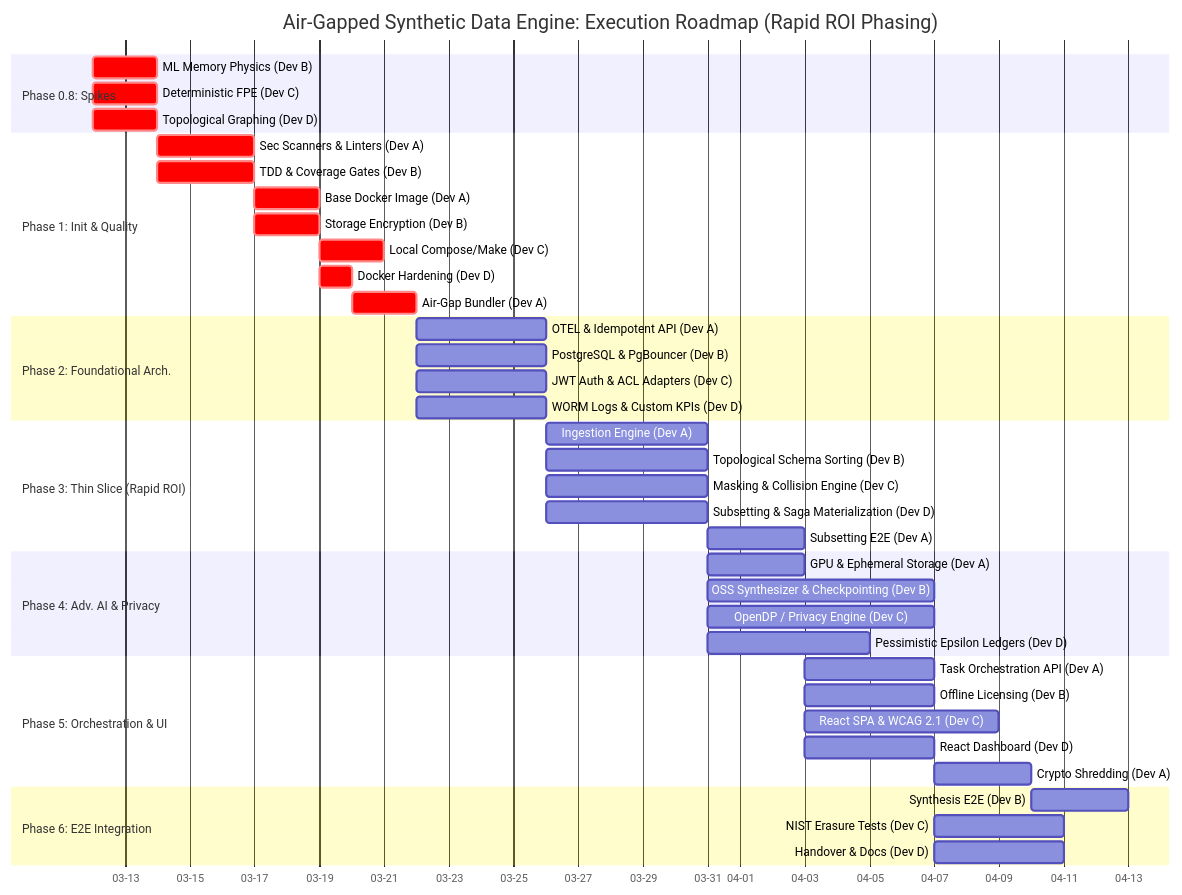
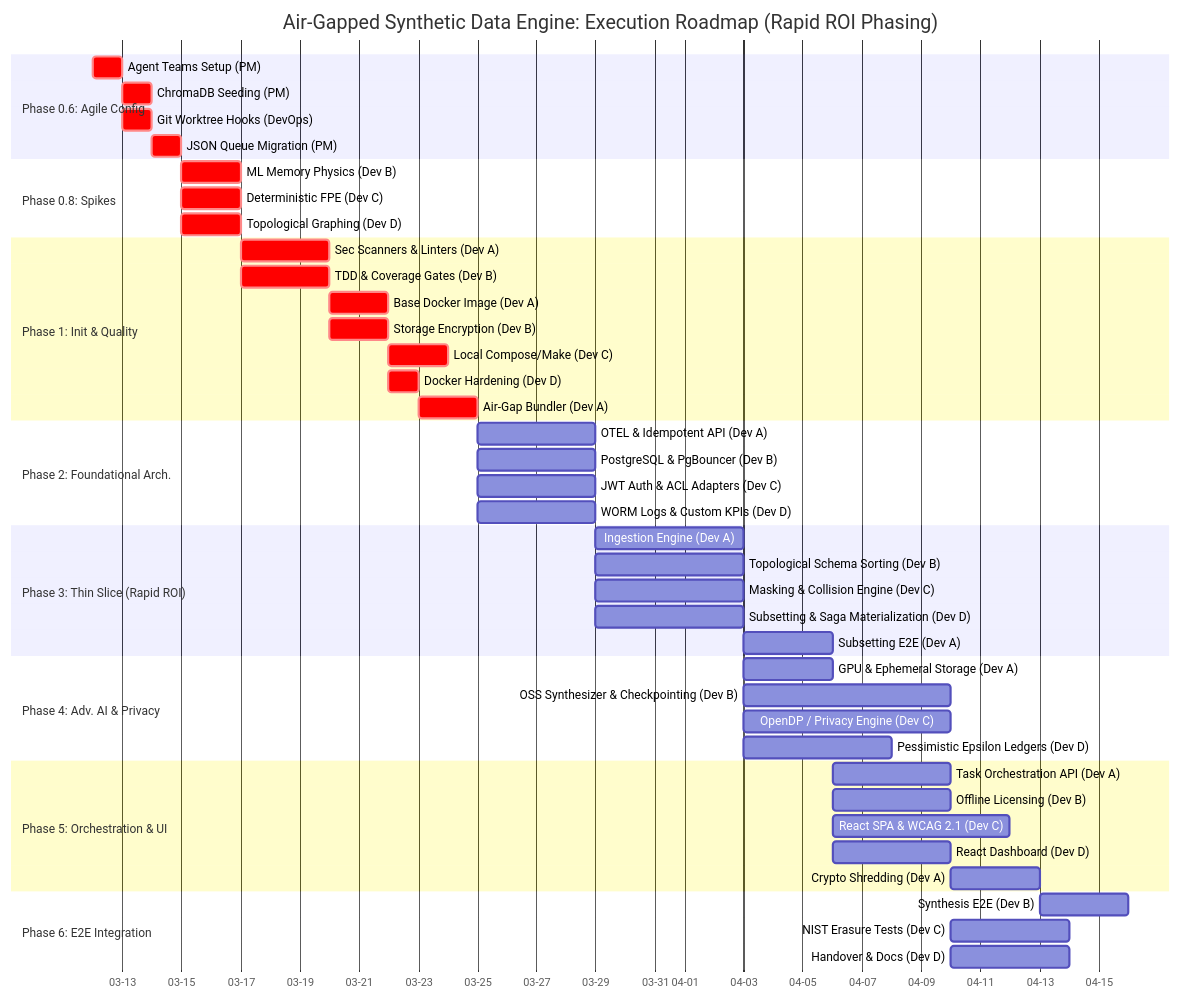
The diagram in docs/EXECUTION_PLAN.md (aedile/conclave), drawn with Mermaid before and after one commit. The commit also changed other lines of this file and 3 other files, not shown here.

Commit message:
docs: pivot to Autonomous Agile Orchestration (Phase 0.6)

````diff
--- a/docs/EXECUTION_PLAN.md
+++ b/docs/EXECUTION_PLAN.md
@@ -88,52 +95,58 @@
 ```mermaid
 gantt
     title Air-Gapped Synthetic Data Engine: Execution Roadmap (Rapid ROI Phasing)
     dateFormat  YYYY-MM-DD
     axisFormat  %m-%d
     todayMarker off
     
+    section Phase 0.6: Agile Config
+    Agent Teams Setup (PM)         :crit, t06_1, 2026-03-12, 1d
+    ChromaDB Seeding (PM)          :crit, t06_2, after t06_1, 1d
+    Git Worktree Hooks (DevOps)    :crit, t06_3, after t06_1, 1d
+    JSON Queue Migration (PM)      :crit, t06_4, after t06_3, 1d
+    
     section Phase 0.8: Spikes
-    ML Memory Physics (Dev B)      :crit, t08_1, 2026-03-12, 2d
-    Deterministic FPE (Dev C)      :crit, t08_2, 2026-03-12, 2d
-    Topological Graphing (Dev D)   :crit, t08_3, 2026-03-12, 2d
+    ML Memory Physics (Dev B)      :crit, t08_1, after t06_4, 2d
+    Deterministic FPE (Dev C)      :crit, t08_2, after t06_4, 2d
+    Topological Graphing (Dev D)   :crit, t08_3, after t06_4, 2d
 
     section Phase 1: Init & Quality
     Sec Scanners & Linters (Dev A) :crit, t1_1, after t08_3, 3d
     TDD & Coverage Gates (Dev B)   :crit, t1_2, after t08_3, 3d
     Base Docker Image (Dev A)      :crit, t1_3, after t1_1, 2d
     Storage Encryption (Dev B)     :crit, t1_4, after t1_2, 2d
     Local Compose/Make (Dev C)     :crit, t1_5, after t1_3, 2d
     Docker Hardening (Dev D)       :crit, t1_6, after t1_4, 1d
     Air-Gap Bundler (Dev A)        :crit, t1_7, after t1_6, 2d
 
     section Phase 2: Foundational Arch.
     OTEL & Idempotent API (Dev A)            :t2_1, after t1_7, 4d
     PostgreSQL & PgBouncer (Dev B)           :t2_2, after t1_7, 4d
     JWT Auth & ACL Adapters (Dev C)          :t2_3, after t1_7, 4d
     WORM Logs & Custom KPIs (Dev D)          :t2_4, after t1_7, 4d
 
     section Phase 3: Thin Slice (Rapid ROI)
     Ingestion Engine (Dev A)                    :t3_1, after t2_1, 5d
     Topological Schema Sorting (Dev B)          :t3_2, after t2_1, 5d
     Masking & Collision Engine (Dev C)          :t3_3, after t2_1, 5d
     Subsetting & Saga Materialization (Dev D)   :t3_4, after t2_1, 5d
     Subsetting E2E (Dev A)                      :t3_5, after t3_4, 3d
 
     section Phase 4: Adv. AI & Privacy
     GPU & Ephemeral Storage (Dev A)     :t4_1, after t3_1, 3d
     OSS Synthesizer & Checkpointing (Dev B):t4_2, after t3_2, 7d
     OpenDP / Privacy Engine (Dev C)     :t4_3, after t3_3, 7d
     Pessimistic Epsilon Ledgers (Dev D) :t4_4, after t3_4, 5d
 
     section Phase 5: Orchestration & UI
     Task Orchestration API (Dev A) :t5_1, after t3_5, 4d
     Offline Licensing (Dev B)      :t5_2, after t3_5, 4d
     React SPA & WCAG 2.1 (Dev C)   :t5_3, after t3_5, 6d
     React Dashboard (Dev D)        :t5_4, after t3_5, 4d
     Crypto Shredding (Dev A)       :t5_5, after t5_1, 3d
 
     section Phase 6: E2E Integration
     Synthesis E2E (Dev B)          :t6_1, after t5_5, 3d
     NIST Erasure Tests (Dev C)     :t6_2, after t5_4, 4d
     Handover & Docs (Dev D)        :t6_3, after t5_4, 4d
 ```
````
